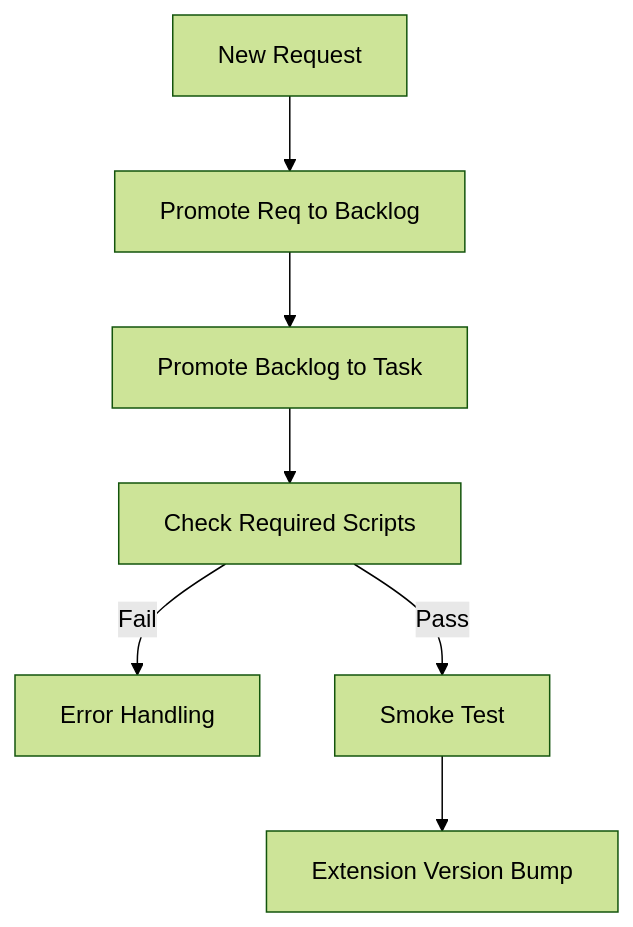
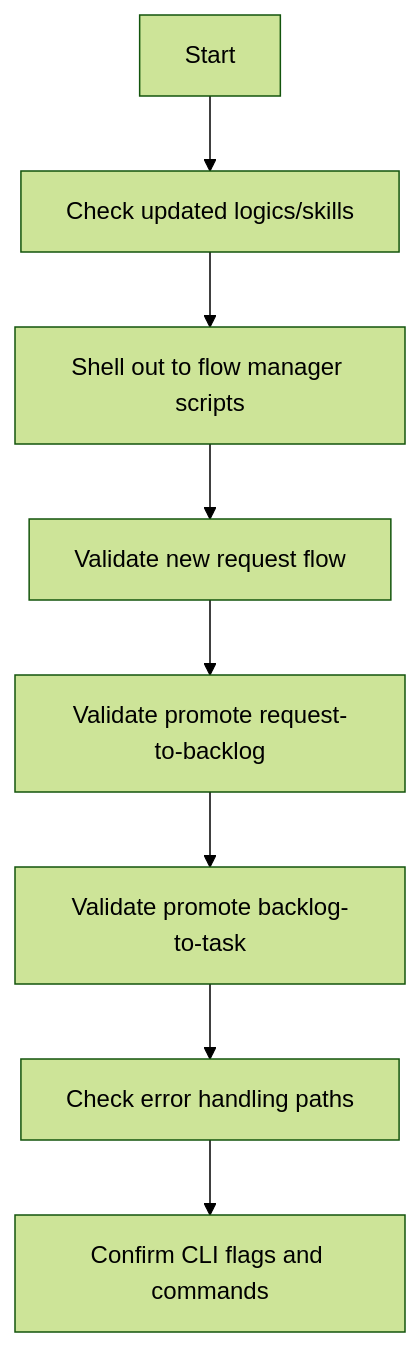
The diagram in logics/request/req_006_update_extension_for_flow_manager_changes.md (AlexAgo83/logics-manager), drawn with Mermaid (forest theme) before and after one commit. The commit also changed 50 other files, not shown here.

````diff
--- a/logics/request/req_006_update_extension_for_flow_manager_changes.md
+++ b/logics/request/req_006_update_extension_for_flow_manager_changes.md
@@ -10,17 +10,12 @@
 ```mermaid
 %% logics-kind: request
 %% logics-signature: request|update-extension-for-flow-manager-change|align-the-vs-code-extension-with|ac1-define-a-measurable-outcome
 flowchart TD
-  NewReq[New Request]
-  PromoteReq[Promote Req to Backlog]
-  PromoteBacklog[Promote Backlog to Task]
-  ValidateScripts[Check Required Scripts]
-  ErrorHandle[Error Handling]
-  SmokeTest[Smoke Test]
-  VersionBump[Extension Version Bump]
-  NewReq --> PromoteReq --> PromoteBacklog
-  PromoteBacklog --> ValidateScripts
-  ValidateScripts -->|Fail| ErrorHandle
-  ValidateScripts -->|Pass| SmokeTest
-  SmokeTest --> VersionBump
+  A[Start] --> B[Check updated logics/skills]
+  B --> C[Shell out to flow manager scripts]
+  C --> D[Validate new request flow]
+  D --> E[Validate promote request-to-backlog]
+  E --> F[Validate promote backlog-to-task]
+  F --> G[Check error handling paths]
+  G --> H[Confirm CLI flags and commands]
 ```
````
